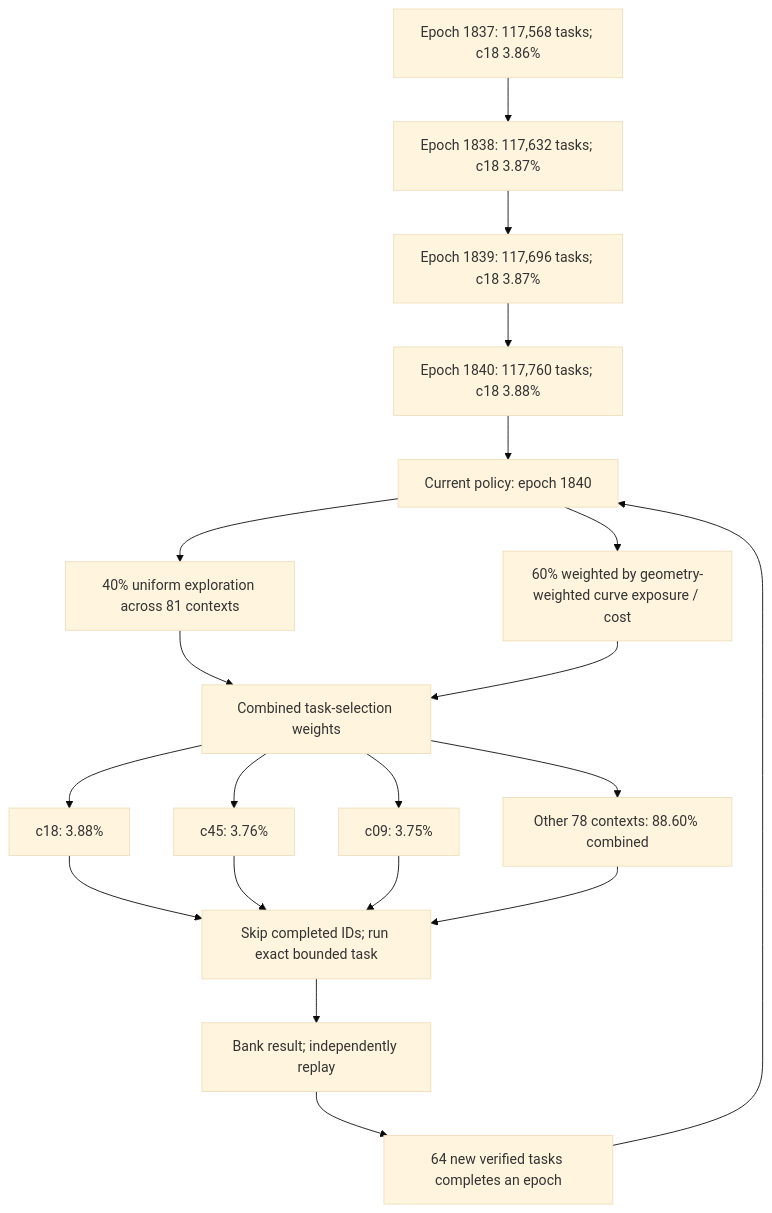
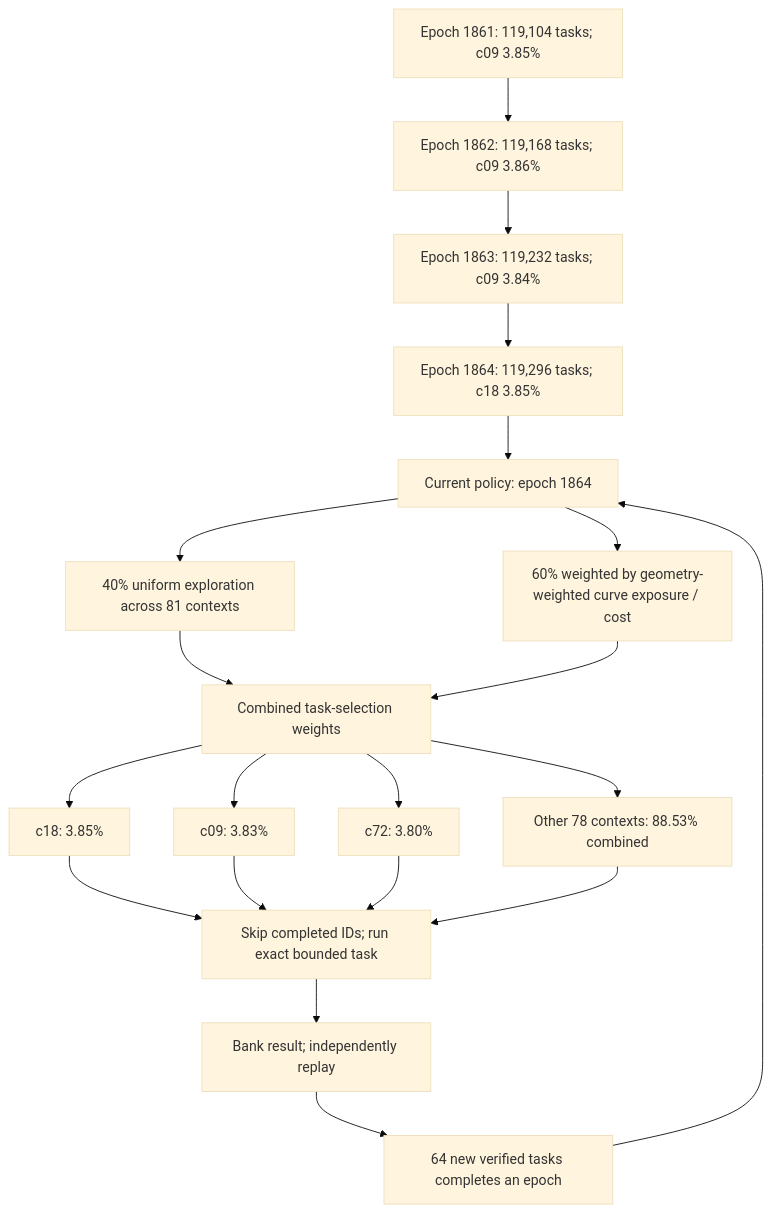
Before and after one commit to Kuberwastaken/math-gambling: the first of 3 diagrams in README.md, drawn with Mermaid (base theme). The commit also changed other lines of this file and 3109 other files, not shown here.

````diff
--- a/README.md
+++ b/README.md
@@ -56,27 +56,27 @@
 ```mermaid
 flowchart TD
-    H0["Epoch 1837: 117,568 tasks; c18 3.86%"]
-    H1["Epoch 1838: 117,632 tasks; c18 3.87%"]
+    H0["Epoch 1861: 119,104 tasks; c09 3.85%"]
+    H1["Epoch 1862: 119,168 tasks; c09 3.86%"]
     H0 --> H1
-    H2["Epoch 1839: 117,696 tasks; c18 3.87%"]
+    H2["Epoch 1863: 119,232 tasks; c09 3.84%"]
     H1 --> H2
-    H3["Epoch 1840: 117,760 tasks; c18 3.88%"]
+    H3["Epoch 1864: 119,296 tasks; c18 3.85%"]
     H2 --> H3
-    Policy["Current policy: epoch 1840"]
+    Policy["Current policy: epoch 1864"]
     H3 --> Policy
     Policy --> Explore["40% uniform exploration across 81 contexts"]
     Policy --> Cost["60% weighted by geometry-weighted curve exposure / cost"]
     Explore --> Mix["Combined task-selection weights"]
     Cost --> Mix
-    Mix --> C0["c18: 3.88%"]
-    Mix --> C1["c45: 3.76%"]
-    Mix --> C2["c09: 3.75%"]
-    Mix --> Rest["Other 78 contexts: 88.60% combined"]
+    Mix --> C0["c18: 3.85%"]
+    Mix --> C1["c09: 3.83%"]
+    Mix --> C2["c72: 3.80%"]
+    Mix --> Rest["Other 78 contexts: 88.53% combined"]
     C0 --> Check["Skip completed IDs; run exact bounded task"]
     C1 --> Check
     C2 --> Check
     Rest --> Check
     Check --> Replay["Bank result; independently replay"]
     Replay --> Gate["64 new verified tasks completes an epoch"]
     Gate --> Policy
 ```
````
